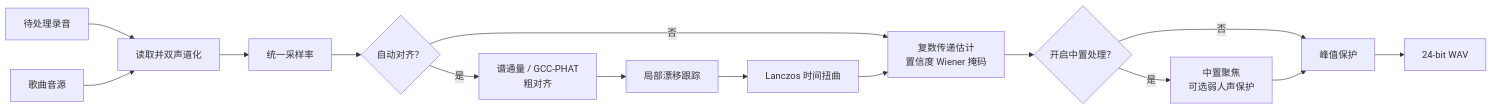
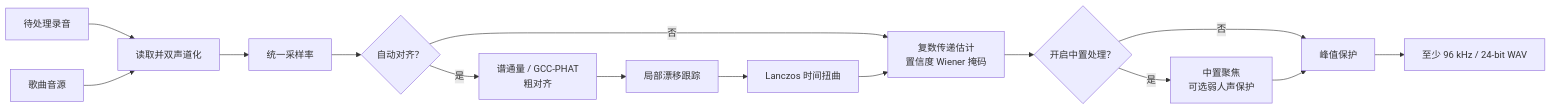
One commit to ChouChiu/Purivox changed the diagram in docs/reference-removal.md. Above: the diagram before and after it, drawn with Mermaid. The commit also changed other lines of this file and 12 other files, not shown here.

````diff
--- a/docs/reference-removal.md
+++ b/docs/reference-removal.md
@@ -30,17 +30,17 @@
 ```mermaid
 flowchart LR
     mix["待处理录音"] --> read["读取并双声道化"]
     ref["歌曲音源"] --> read
     read --> rate["统一采样率"]
     rate --> enabled{"自动对齐？"}
     enabled -->|是| coarse["谱通量 / GCC-PHAT<br/>粗对齐"]
     coarse --> drift["局部漂移跟踪"]
     drift --> warp["Lanczos 时间扭曲"]
     enabled -->|否| mask["复数传递估计<br/>置信度 Wiener 掩码"]
     warp --> mask
     mask --> center{"开启中置处理？"}
     center -->|是| focus["中置聚焦<br/>可选弱人声保护"]
     center -->|否| protect["峰值保护"]
     focus --> protect
-    protect --> output["24-bit WAV"]
+    protect --> output["至少 96 kHz / 24-bit WAV"]
 ```
````
